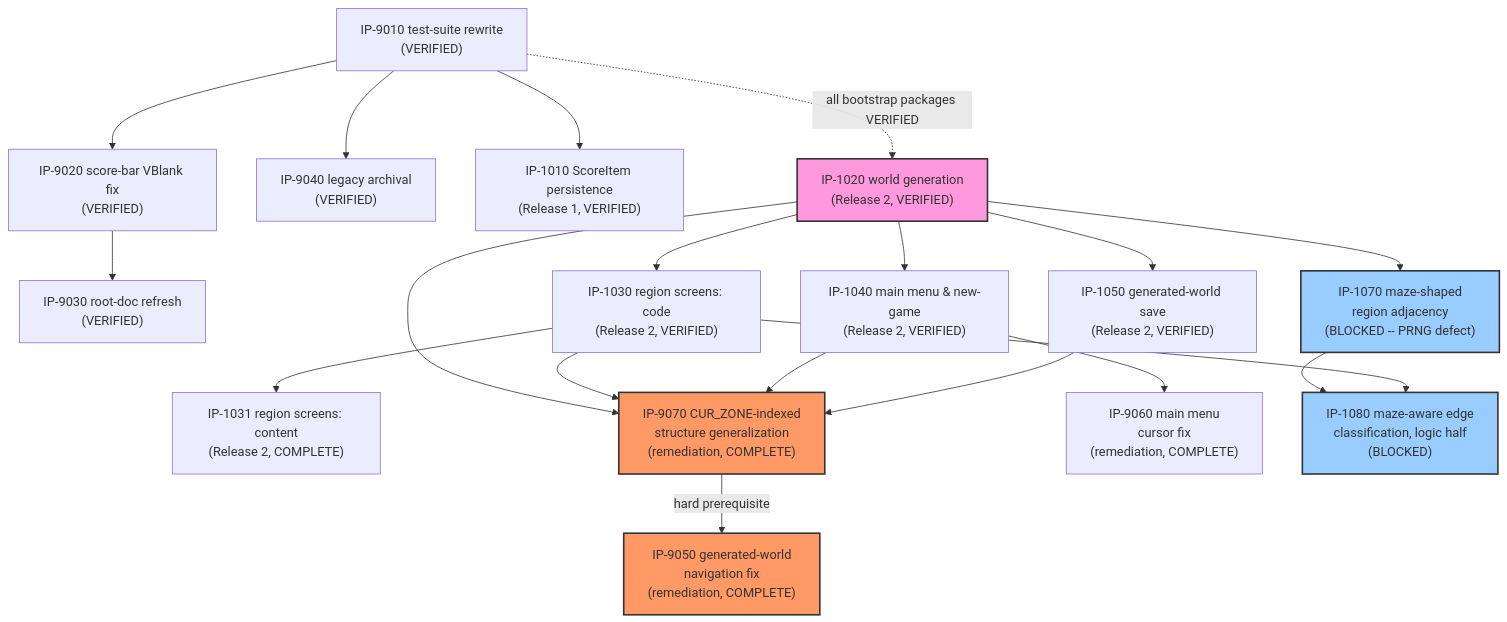
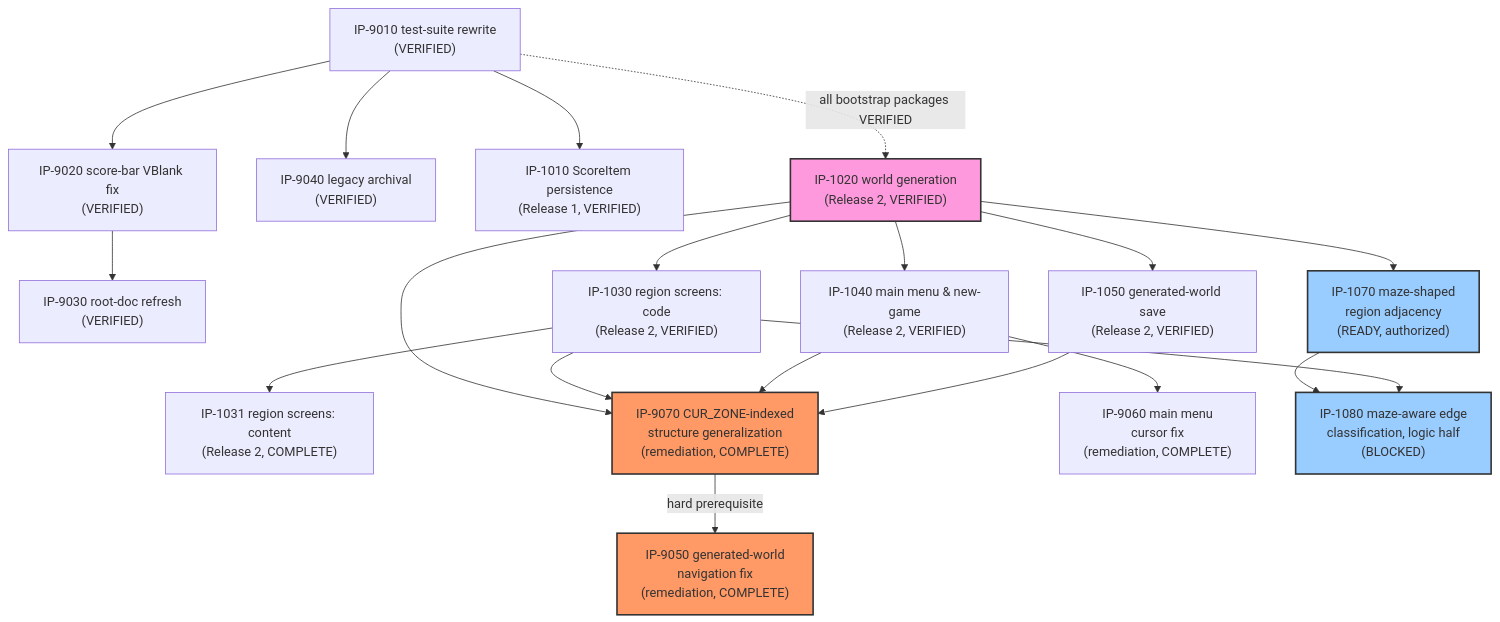
The diagram in docs/implementation/00-master-build-plan.md (Zabin/RsGame), drawn with Mermaid before and after one commit. The commit also changed other lines of this file and 3 other files, not shown here.

````diff
--- a/docs/implementation/00-master-build-plan.md
+++ b/docs/implementation/00-master-build-plan.md
@@ -96,47 +96,47 @@
 ```mermaid
 graph TD
     IP9010["IP-9010 test-suite rewrite<br/>(VERIFIED)"]
     IP9020["IP-9020 score-bar VBlank fix<br/>(VERIFIED)"]
     IP9030["IP-9030 root-doc refresh<br/>(VERIFIED)"]
     IP9040["IP-9040 legacy archival<br/>(VERIFIED)"]
     IP1010["IP-1010 ScoreItem persistence<br/>(Release 1, VERIFIED)"]
     IP9010 --> IP9020
     IP9010 --> IP9040
     IP9010 --> IP1010
     IP9020 --> IP9030
 
     IP1020["IP-1020 world generation<br/>(Release 2, VERIFIED)"]
     IP1030["IP-1030 region screens: code<br/>(Release 2, VERIFIED)"]
     IP1031["IP-1031 region screens: content<br/>(Release 2, COMPLETE)"]
     IP1040["IP-1040 main menu & new-game<br/>(Release 2, VERIFIED)"]
     IP1050["IP-1050 generated-world save<br/>(Release 2, VERIFIED)"]
     IP9010 -.all bootstrap packages VERIFIED.-> IP1020
     IP1020 --> IP1030
     IP1030 --> IP1031
     IP1020 --> IP1040
     IP1020 --> IP1050
 
     style IP1020 fill:#f9d,stroke:#333,stroke-width:2px
 
     IP9070["IP-9070 CUR_ZONE-indexed<br/>structure generalization<br/>(remediation, COMPLETE)"]
     IP9050["IP-9050 generated-world<br/>navigation fix<br/>(remediation, COMPLETE)"]
     IP9060["IP-9060 main menu<br/>cursor fix<br/>(remediation, COMPLETE)"]
     IP1020 --> IP9070
     IP1030 --> IP9070
     IP1040 --> IP9070
     IP1050 --> IP9070
     IP9070 -->|hard prerequisite| IP9050
     IP1040 --> IP9060
 
     style IP9070 fill:#f96,stroke:#333,stroke-width:2px
     style IP9050 fill:#f96,stroke:#333,stroke-width:2px
 
-    IP1070["IP-1070 maze-shaped<br/>region adjacency<br/>(BLOCKED -- PRNG defect)"]
+    IP1070["IP-1070 maze-shaped<br/>region adjacency<br/>(READY, authorized)"]
     IP1080["IP-1080 maze-aware edge<br/>classification, logic half<br/>(BLOCKED)"]
     IP1020 --> IP1070
     IP1070 --> IP1080
     IP1030 --> IP1080
 
     style IP1070 fill:#9cf,stroke:#333,stroke-width:2px
     style IP1080 fill:#9cf,stroke:#333,stroke-width:2px
 ```
````
